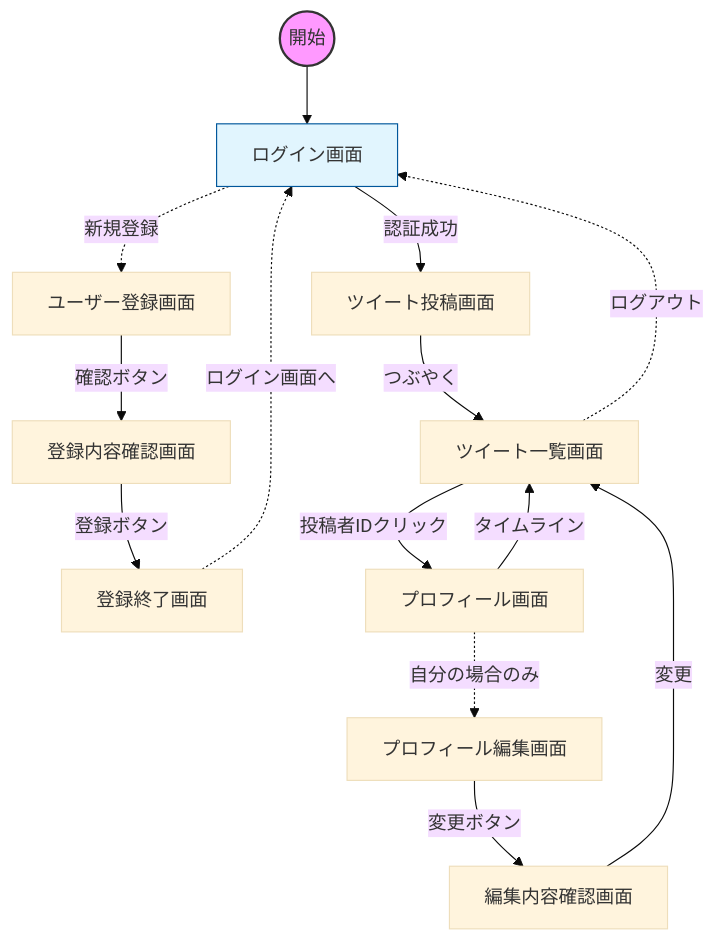
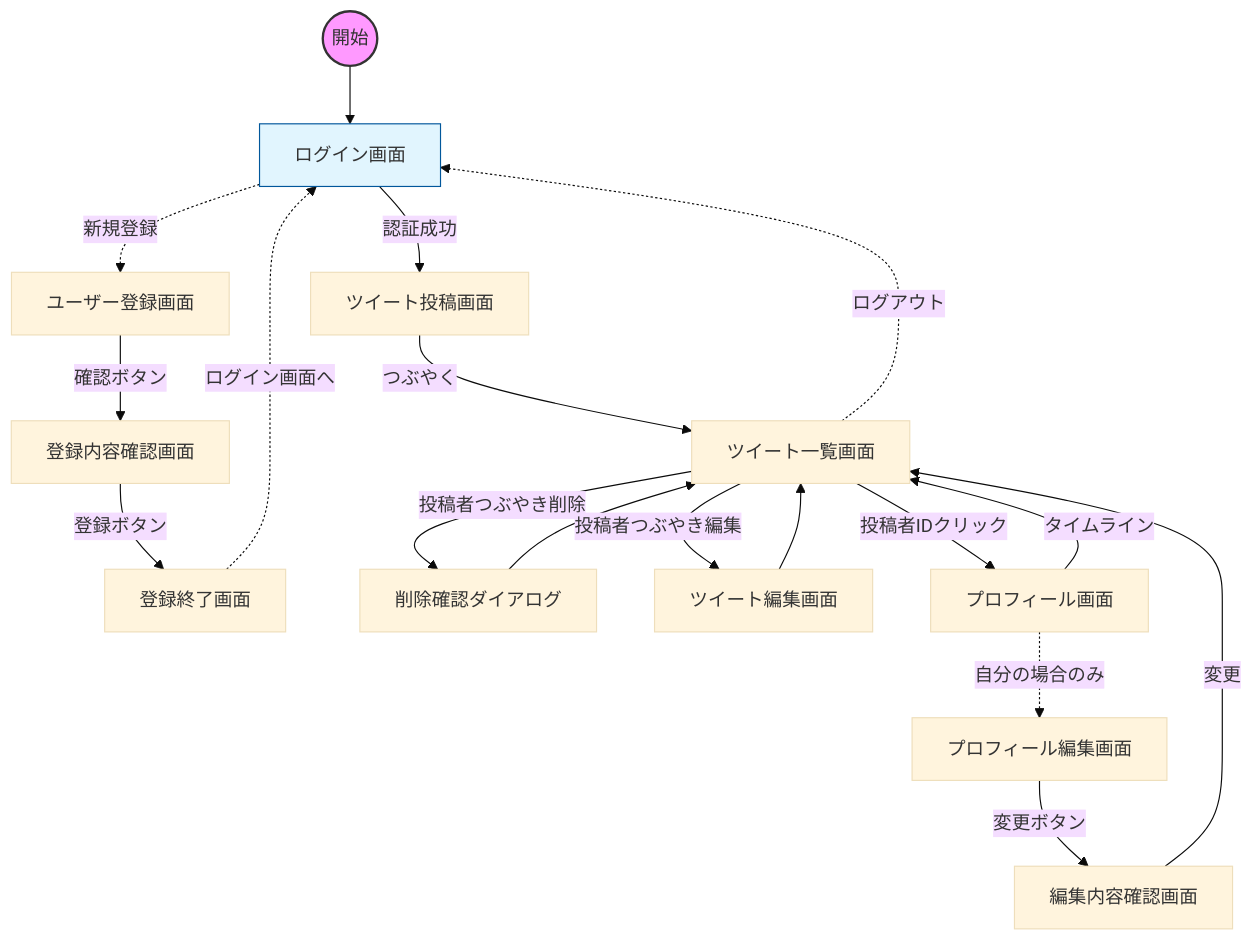
The first of 2 diagrams in README.md (LineTeo/MapTweet), drawn with Mermaid (base theme) before and after one commit. The commit also changed other lines of this file, not shown here.

````diff
--- a/README.md
+++ b/README.md
@@ -129,32 +116,36 @@
 ```mermaid
 graph TD
     %% 開始とログインを最上部に配置
     Start((開始)) --> Login[ログイン画面]
 
     %% ログアウト
     Timeline -.->|ログアウト| Login
 
     %% 登録フロー（左側にまとめる）
     Login -.->|新規登録| Register[ユーザー登録画面]
     Register -->|確認ボタン| RegConfirm[登録内容確認画面]
     RegConfirm -->|登録ボタン| RegComplete[登録終了画面]
     RegComplete -.->|ログイン画面へ| Login
 
     %% メイン機能（中央・右側に流す）
     Login -->|認証成功| Main[ツイート投稿画面]
     Main -->|つぶやく| Timeline[ツイート一覧画面]
-    
+    Timeline -->|投稿者つぶやき削除| Delete[削除確認ダイアログ]
+    Delete --> Timeline
+    Timeline -->|投稿者つぶやき編集| EditTweet[ツイート編集画面]
+    EditTweet --> Timeline
+
     %% プロフィール関連
     Timeline -->|投稿者IDクリック| Profile[プロフィール画面]
     
     %% プロフィール分岐と編集
     Profile -->|タイムライン| Timeline
     Profile -.->|自分の場合のみ| ProfEdit[プロフィール編集画面]
     
     ProfEdit -->|変更ボタン| EditConfirm[編集内容確認画面]
     EditConfirm -->|変更| Timeline
 
     %% レイアウト調整用のスタイル（任意）
     style Start fill:#f9f,stroke:#333,stroke-width:2px
     style Login fill:#e1f5fe,stroke:#01579b
 ```
````
